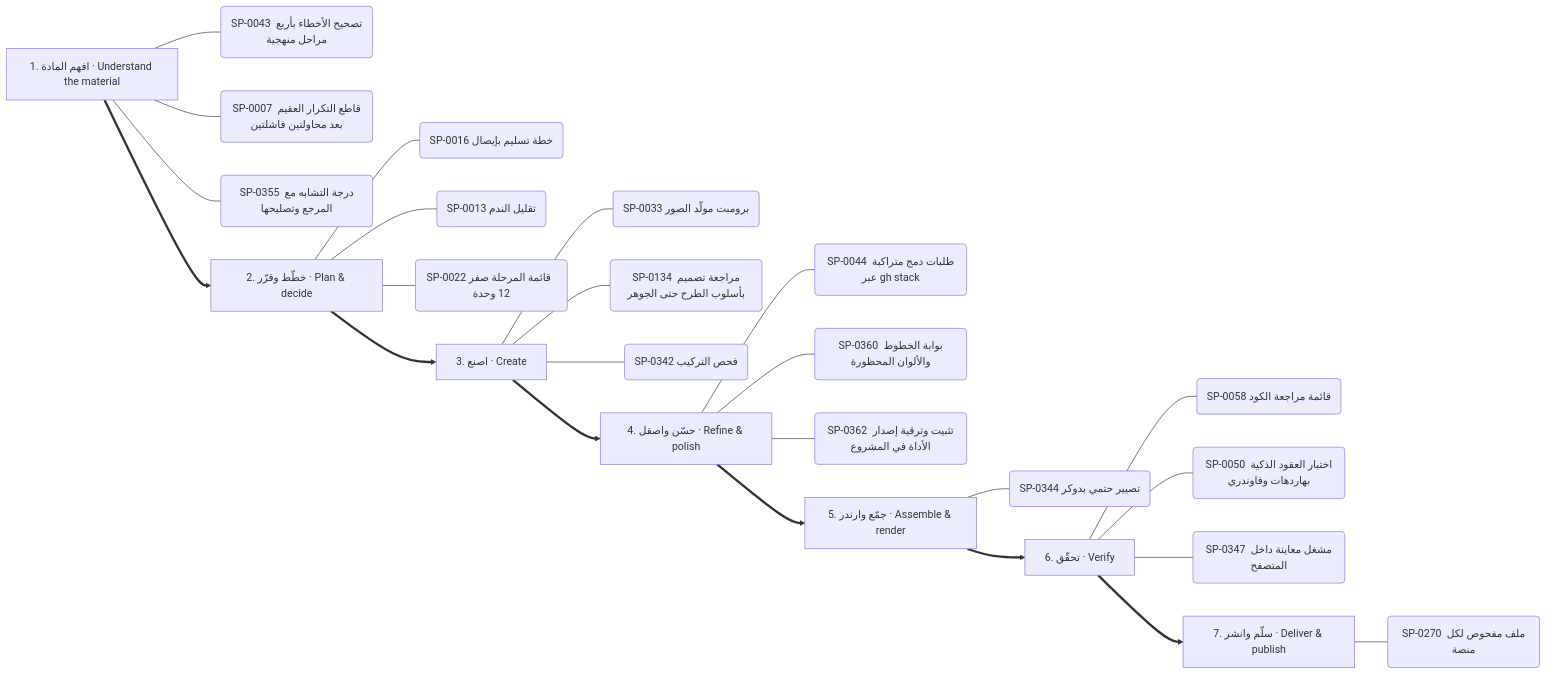
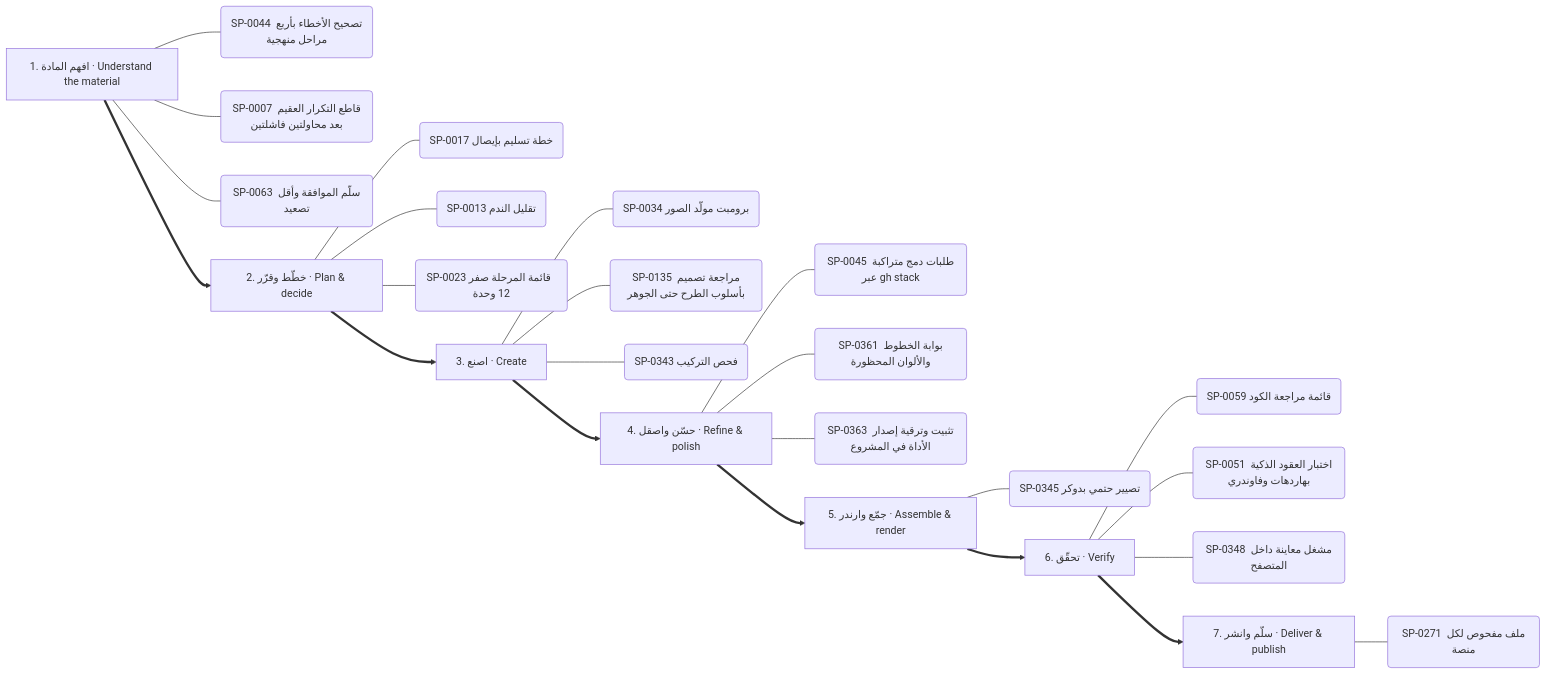
Before and after one commit to kosif199022-jpg/kosif-tool: the tenth of 13 diagrams in .claude/skills/kosif-superpowers/references/capability-mindmap.md, drawn with Mermaid. The commit also changed other lines of this file and 9 other files, not shown here.

First line of the commit message:
Rebuild the fused superpowers, hubs, mind map and owned-repos map

````diff
--- a/.claude/skills/kosif-superpowers/references/capability-mindmap.md
+++ b/.claude/skills/kosif-superpowers/references/capability-mindmap.md
@@ -500,33 +500,33 @@
 ```mermaid
 flowchart LR
   S0["1. افهم المادة · Understand the material"]
-  S0 --- S0_0("SP-0043 تصحيح الأخطاء بأربع مراحل منهجية")
+  S0 --- S0_0("SP-0044 تصحيح الأخطاء بأربع مراحل منهجية")
   S0 --- S0_1("SP-0007 قاطع التكرار العقيم بعد محاولتين فاشلتين")
-  S0 --- S0_2("SP-0355 درجة التشابه مع المرجع وتصليحها")
+  S0 --- S0_2("SP-0063 سلّم الموافقة وأقل تصعيد")
   S1["2. خطّط وقرّر · Plan & decide"]
-  S1 --- S1_0("SP-0016 خطة تسليم بإيصال")
+  S1 --- S1_0("SP-0017 خطة تسليم بإيصال")
   S1 --- S1_1("SP-0013 تقليل الندم")
-  S1 --- S1_2("SP-0022 قائمة المرحلة صفر  12 وحدة ")
+  S1 --- S1_2("SP-0023 قائمة المرحلة صفر  12 وحدة ")
   S0 ==> S1
   S2["3. اصنع · Create"]
-  S2 --- S2_0("SP-0033 برومبت مولّد الصور")
-  S2 --- S2_1("SP-0134 مراجعة تصميم بأسلوب الطرح حتى الجوهر")
-  S2 --- S2_2("SP-0342 فحص التركيب")
+  S2 --- S2_0("SP-0034 برومبت مولّد الصور")
+  S2 --- S2_1("SP-0135 مراجعة تصميم بأسلوب الطرح حتى الجوهر")
+  S2 --- S2_2("SP-0343 فحص التركيب")
   S1 ==> S2
   S3["4. حسّن واصقل · Refine & polish"]
-  S3 --- S3_0("SP-0044 طلبات دمج متراكبة عبر gh stack")
-  S3 --- S3_1("SP-0360 بوابة الخطوط والألوان المحظورة")
-  S3 --- S3_2("SP-0362 تثبيت وترقية إصدار الأداة في المشروع")
+  S3 --- S3_0("SP-0045 طلبات دمج متراكبة عبر gh stack")
+  S3 --- S3_1("SP-0361 بوابة الخطوط والألوان المحظورة")
+  S3 --- S3_2("SP-0363 تثبيت وترقية إصدار الأداة في المشروع")
   S2 ==> S3
   S4["5. جمّع وارندر · Assemble & render"]
-  S4 --- S4_0("SP-0344 تصيير حتمي بدوكر")
+  S4 --- S4_0("SP-0345 تصيير حتمي بدوكر")
   S3 ==> S4
   S5["6. تحقّق · Verify"]
-  S5 --- S5_0("SP-0058 قائمة مراجعة الكود")
-  S5 --- S5_1("SP-0050 اختبار العقود الذكية بهاردهات وفاوندري")
-  S5 --- S5_2("SP-0347 مشغل معاينة داخل المتصفح")
+  S5 --- S5_0("SP-0059 قائمة مراجعة الكود")
+  S5 --- S5_1("SP-0051 اختبار العقود الذكية بهاردهات وفاوندري")
+  S5 --- S5_2("SP-0348 مشغل معاينة داخل المتصفح")
   S4 ==> S5
   S6["7. سلّم وانشر · Deliver & publish"]
-  S6 --- S6_0("SP-0270 ملف مفحوص لكل منصة")
+  S6 --- S6_0("SP-0271 ملف مفحوص لكل منصة")
   S5 ==> S6
 ```
````
